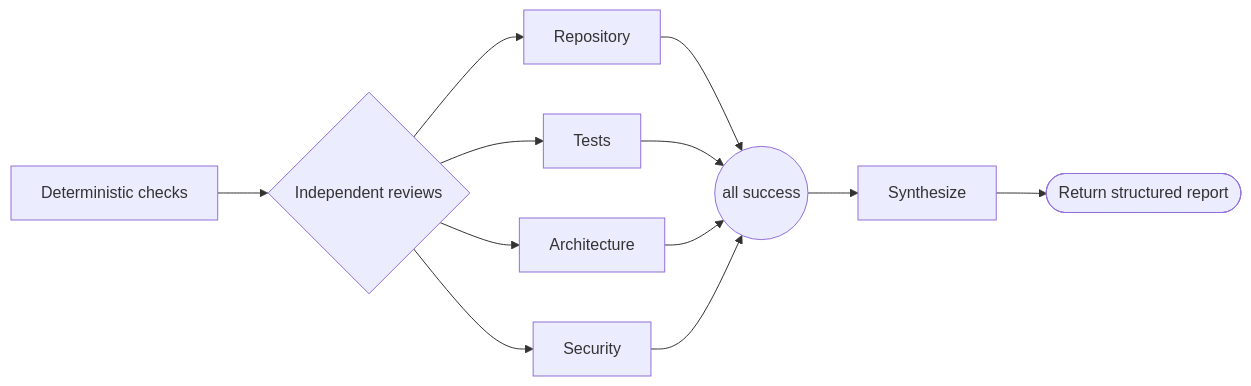
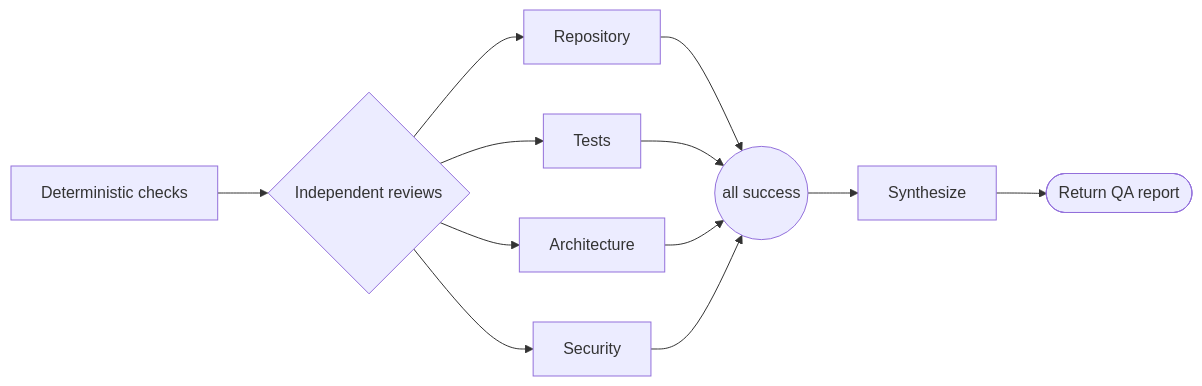
The diagram in modules/phenix-pi/definitions/workflows/sources/qa.workflow.md (matthis-k/phenix-agent-harness), drawn with Mermaid before and after one commit. The commit also changed other lines of this file, not shown here.

````diff
--- a/modules/phenix-pi/definitions/workflows/sources/qa.workflow.md
+++ b/modules/phenix-pi/definitions/workflows/sources/qa.workflow.md
@@ -16,14 +16,14 @@
 ```mermaid
 flowchart LR
     checks[Deterministic checks] --> fanout{Independent reviews}
     fanout --> repo[Repository]
     fanout --> tests[Tests]
     fanout --> architecture[Architecture]
     fanout --> security[Security]
     repo --> join((all success))
     tests --> join
     architecture --> join
     security --> join
     join --> synthesize[Synthesize]
-    synthesize --> return([Return structured report])
+    synthesize --> return([Return QA report])
 ```
````
